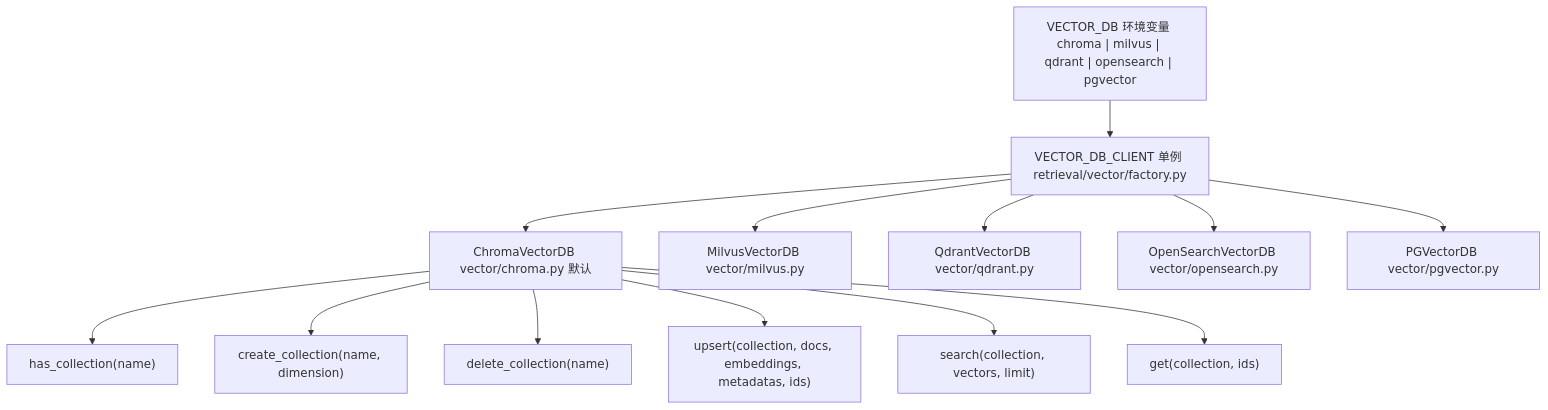
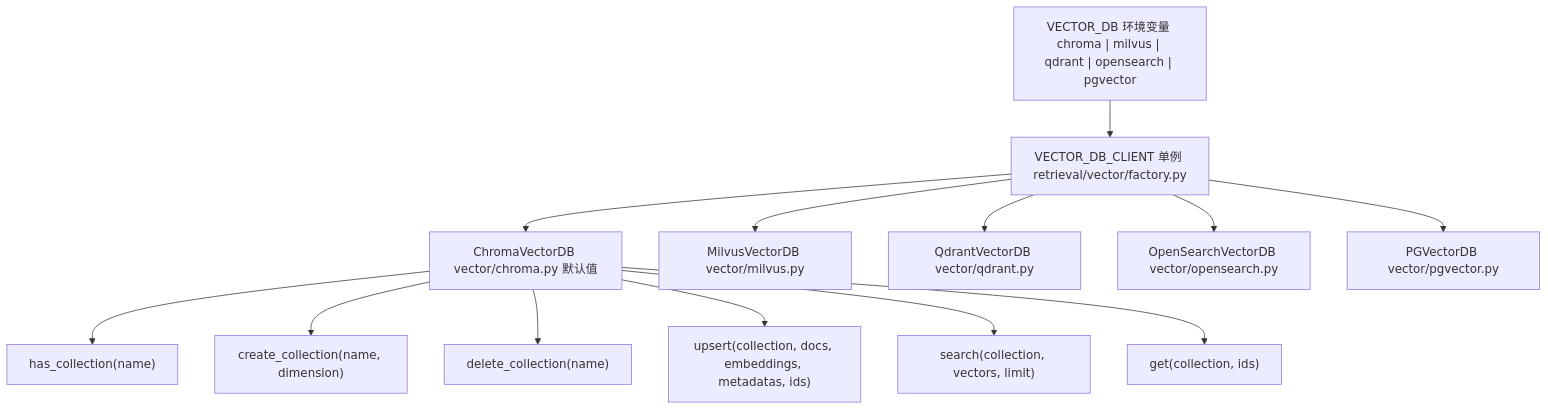
Before and after one commit to Chesszyh/Wiki: the fifth of 9 diagrams in tests/open-webui_deepwiki/zh/2-architecture-overview.md, drawn with Mermaid. The commit also changed other lines of this file and 234 other files, not shown here.

````diff
--- a/tests/open-webui_deepwiki/zh/2-architecture-overview.md
+++ b/tests/open-webui_deepwiki/zh/2-architecture-overview.md
@@ -472,29 +413,29 @@
 ```mermaid
 flowchart TD
     VectorDBEnv["VECTOR_DB 环境变量 chroma | milvus | qdrant | opensearch | pgvector"]
     Factory["VECTOR_DB_CLIENT 单例 retrieval/vector/factory.py"]
-    Chroma["ChromaVectorDB vector/chroma.py 默认"]
+    Chroma["ChromaVectorDB vector/chroma.py 默认值"]
     Milvus["MilvusVectorDB vector/milvus.py"]
     Qdrant["QdrantVectorDB vector/qdrant.py"]
     OpenSearch["OpenSearchVectorDB vector/opensearch.py"]
     PGVector["PGVectorDB vector/pgvector.py"]
     HasCol["has_collection(name)"]
     CreateCol["create_collection(name, dimension)"]
     DeleteCol["delete_collection(name)"]
     Insert["upsert(collection, docs, embeddings, metadatas, ids)"]
     Search["search(collection, vectors, limit)"]
     Get["get(collection, ids)"]
 
     VectorDBEnv --> Factory
     Factory --> Chroma
     Factory --> Milvus
     Factory --> Qdrant
     Factory --> OpenSearch
     Factory --> PGVector
     Chroma --> HasCol
     Chroma --> CreateCol
     Chroma --> DeleteCol
     Chroma --> Insert
     Chroma --> Search
     Chroma --> Get
 ```
````
